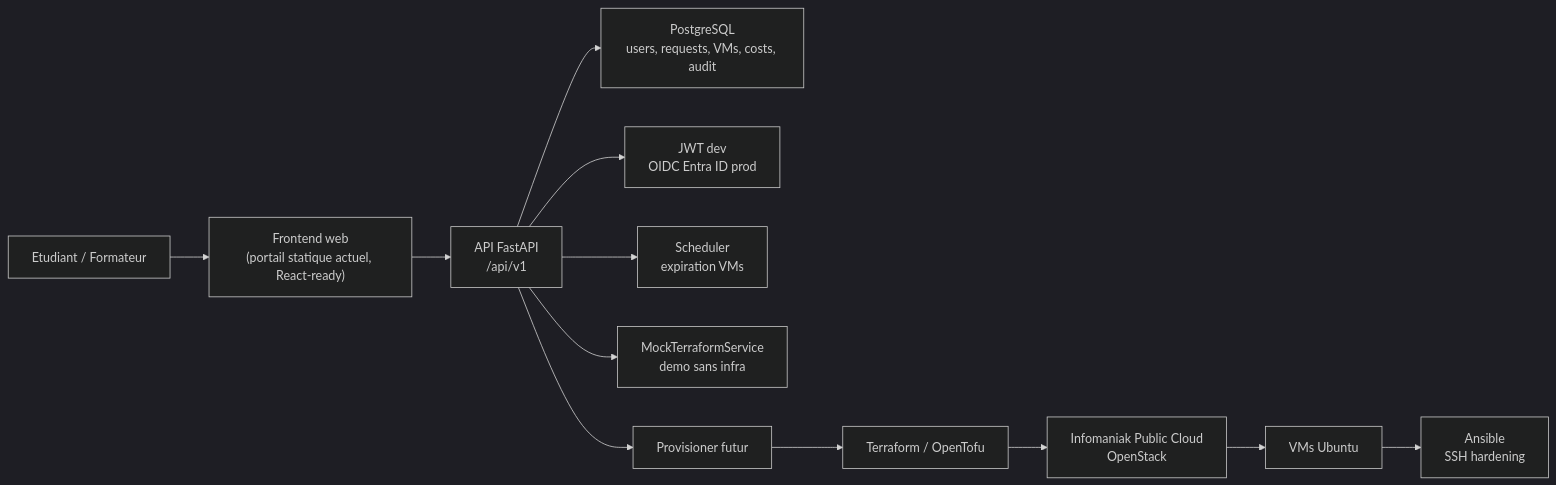
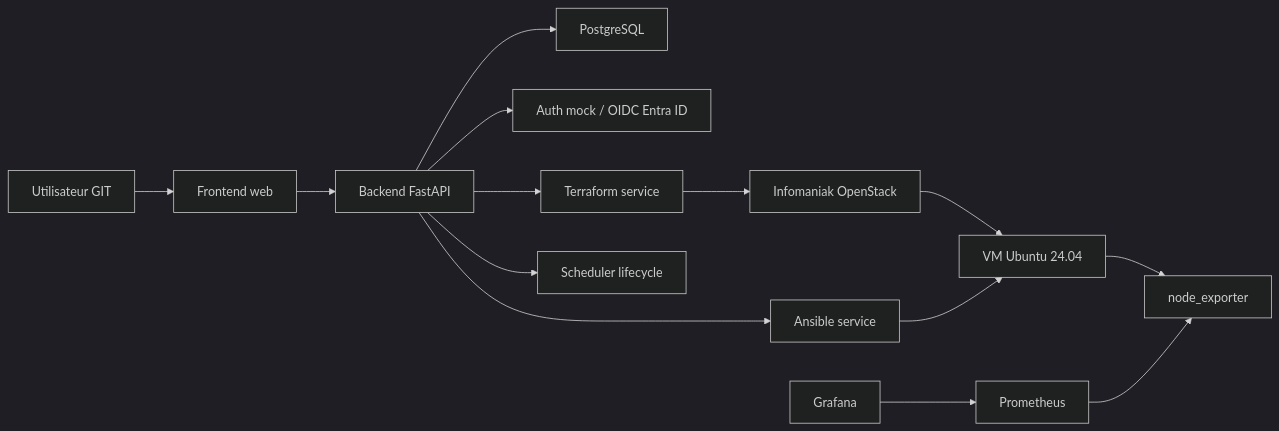
Before and after one commit to git-cloudlab-2026/cloud-lab: the diagram in README.md, drawn with Mermaid (dark theme). The commit also changed other lines of this file, not shown here.

````diff
--- a/README.md
+++ b/README.md
@@ -29,14 +38,16 @@
 ```mermaid
 flowchart LR
-  U["Etudiant / Formateur"] --> F["Frontend web\n(portail statique actuel, React-ready)"]
-  F --> A["API FastAPI\n/api/v1"]
-  A --> DB["PostgreSQL\nusers, requests, VMs, costs, audit"]
-  A --> AUTH["JWT dev\nOIDC Entra ID prod"]
-  A --> S["Scheduler\nexpiration VMs"]
-  A --> M["MockTerraformService\ndemo sans infra"]
-  A --> P["Provisioner futur"]
-  P --> T["Terraform / OpenTofu"]
-  T --> O["Infomaniak Public Cloud\nOpenStack"]
-  O --> VM["VMs Ubuntu"]
-  VM --> AN["Ansible\nSSH hardening"]
+  U["Utilisateur GIT"] --> F["Frontend web"]
+  F --> A["Backend FastAPI"]
+  A --> DB["PostgreSQL"]
+  A --> AUTH["Auth mock / OIDC Entra ID"]
+  A --> TF["Terraform service"]
+  TF --> OS["Infomaniak OpenStack"]
+  OS --> VM["VM Ubuntu 24.04"]
+  A --> AN["Ansible service"]
+  AN --> VM
+  VM --> NE["node_exporter"]
+  P["Prometheus"] --> NE
+  G["Grafana"] --> P
+  A --> SCH["Scheduler lifecycle"]
 ```
````
